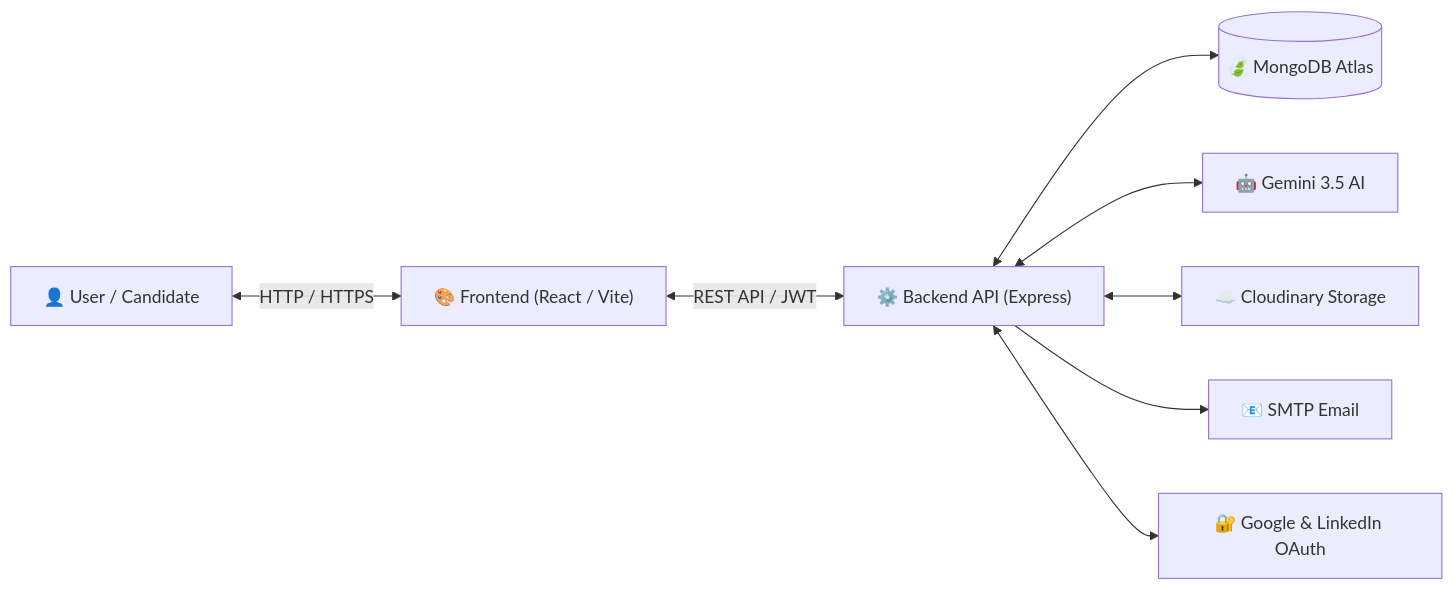
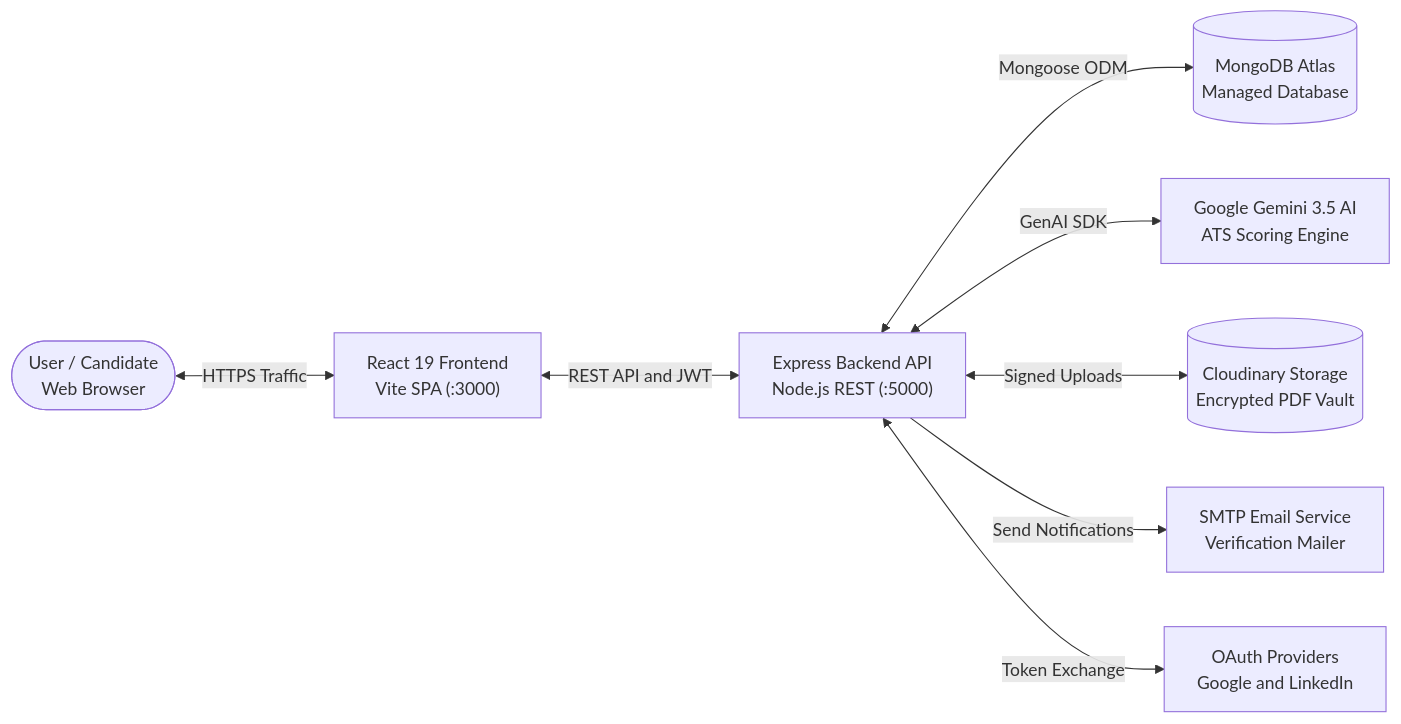
Before and after one commit to TusharSaini999/Resume-Saathi: the first of 2 diagrams in Databases/Data-Flow-Diagram.md, drawn with Mermaid. The commit also changed 5 other files, not shown here.

Commit message:
docs: remove emojis from all Mermaid diagrams and wrap text cleanly

````diff
--- a/Databases/Data-Flow-Diagram.md
+++ b/Databases/Data-Flow-Diagram.md
@@ -5,19 +5,19 @@
 ```mermaid
 flowchart LR
-  U["👤 User / Candidate"]
-  FE["🎨 Frontend (React / Vite)"]
-  API["⚙️ Backend API (Express)"]
-  DB[("🍃 MongoDB Atlas")]
-  AI["🤖 Gemini 3.5 AI"]
-  CL["☁️ Cloudinary Storage"]
-  EM["📧 SMTP Email"]
-  OAuth["🔐 Google & LinkedIn OAuth"]
+  U(["User / Candidate<br/>Web Browser"])
+  FE["React 19 Frontend<br/>Vite SPA (:3000)"]
+  API["Express Backend API<br/>Node.js REST (:5000)"]
+  DB[("MongoDB Atlas<br/>Managed Database")]
+  AI["Google Gemini 3.5 AI<br/>ATS Scoring Engine"]
+  CL[("Cloudinary Storage<br/>Encrypted PDF Vault")]
+  EM["SMTP Email Service<br/>Verification Mailer"]
+  OAuth["OAuth Providers<br/>Google and LinkedIn"]
 
-  U <-->|HTTP / HTTPS| FE
-  FE <-->|REST API / JWT| API
-  API <--> DB
-  API <--> AI
-  API <--> CL
-  API --> EM
-  API <--> OAuth
+  U <-->|HTTPS Traffic| FE
+  FE <-->|REST API and JWT| API
+  API <-->|Mongoose ODM| DB
+  API <-->|GenAI SDK| AI
+  API <-->|Signed Uploads| CL
+  API -->|Send Notifications| EM
+  API <-->|Token Exchange| OAuth
 ```
````
